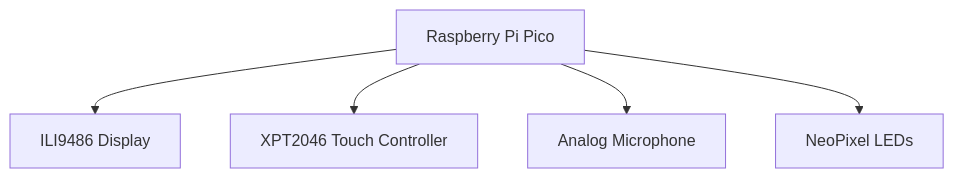
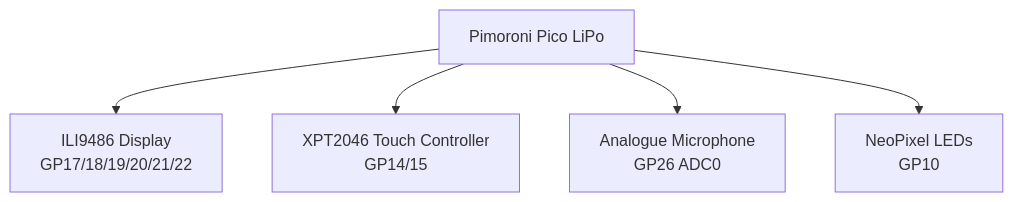
The first of 2 diagrams in README.md (Awesometeapot1/Sunflower-Lanyard-Assistive-Device), drawn with Mermaid before and after one commit. The commit also changed other lines of this file, not shown here.

````diff
--- a/README.md
+++ b/README.md
@@ -187,15 +202,15 @@
 ```mermaid
 graph TD
 
-PICO[Raspberry Pi Pico]
+PICO[Pimoroni Pico LiPo]
 
-DISPLAY[ILI9486 Display]
-TOUCH[XPT2046 Touch Controller]
-MIC[Analog Microphone]
-LED[NeoPixel LEDs]
+DISPLAY[ILI9486 Display<br>GP17/18/19/20/21/22]
+TOUCH[XPT2046 Touch Controller<br>GP14/15]
+MIC[Analogue Microphone<br>GP26 ADC0]
+LED[NeoPixel LEDs<br>GP10]
 
 PICO --> DISPLAY
 PICO --> TOUCH
 PICO --> MIC
 PICO --> LED
 ```
````
